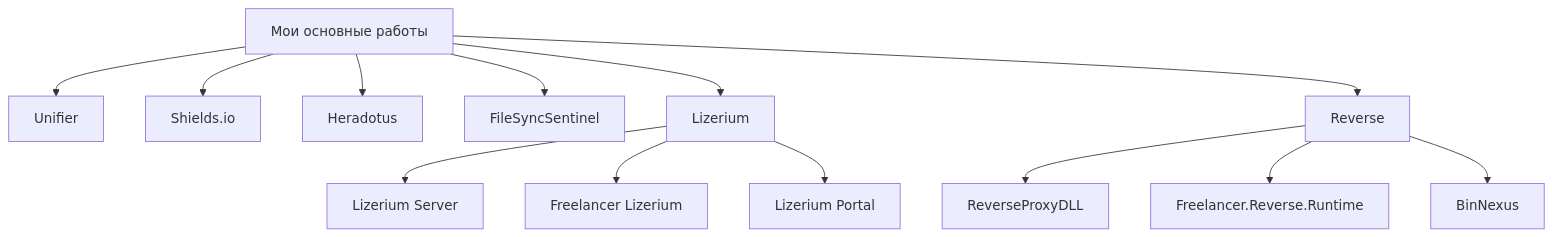
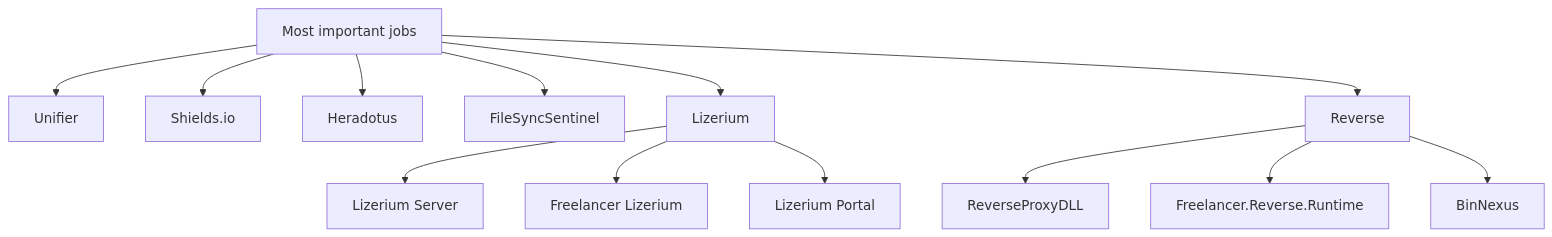
The second of 7 diagrams in docs/index.md (Dvurechensky/Dvurechensky), drawn with Mermaid before and after one commit. The commit also changed other lines of this file and 2 other files, not shown here.

````diff
--- a/docs/index.md
+++ b/docs/index.md
@@ -102,16 +105,16 @@
 ```mermaid
 graph TD
-  B[Мои основные работы]
+  B[Most important jobs]
   B --> B1[Unifier]
   B --> B2[Shields.io]
   B --> B3[Heradotus]
   B --> B4[FileSyncSentinel]
   B --> E[Lizerium]
   E --> E1[Lizerium Server]
   E --> E2[Freelancer Lizerium]
   E --> E3[Lizerium Portal]
   B --> G[Reverse]
   G --> G1[ReverseProxyDLL]
   G --> G2[Freelancer.Reverse.Runtime]
   G --> G3[BinNexus]
 ```
````
